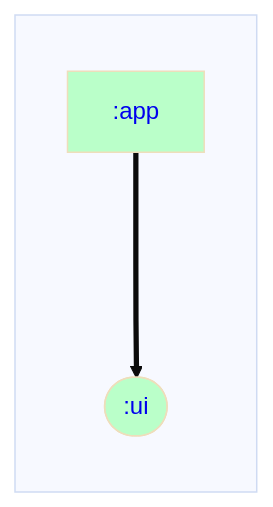
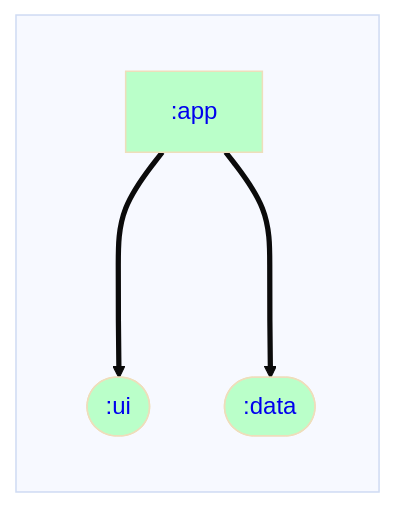
Before and after one commit to ARES-ID/Daedalus: the diagram in app/dependencyGraph.md, drawn with Mermaid. The commit also changed 39 other files, not shown here.

````diff
--- a/app/dependencyGraph.md
+++ b/app/dependencyGraph.md
@@ -1,22 +1,24 @@
 ```mermaid
 %%{ init: { 'theme': 'base' } }%%
 graph LR;
 
 %% Styling for module nodes by type
 classDef rootNode stroke-width:4px;
 classDef mppNode fill:#ffd2b3,color:#333333;
 classDef andNode fill:#baffc9,color:#333333;
 classDef javaNode fill:#ffb3ba,color:#333333;
 
 %% Modules
 subgraph  
   direction TB;
   :app[<a href='https://github.com/rjspies/Daedalus/blob/main/app/dependencyGraph.md' style='text-decoration:auto'>:app</a>]:::andNode;
+  :data([<a href='https://github.com/rjspies/Daedalus/blob/main/data/dependencyGraph.md' style='text-decoration:auto'>:data</a>]):::andNode;
   :ui([<a href='https://github.com/rjspies/Daedalus/blob/main/ui/dependencyGraph.md' style='text-decoration:auto'>:ui</a>]):::andNode;
 end
 
 %% Dependencies
 :app===>:ui
+:app===>:data
 
 %% Dependents
 ```
````
